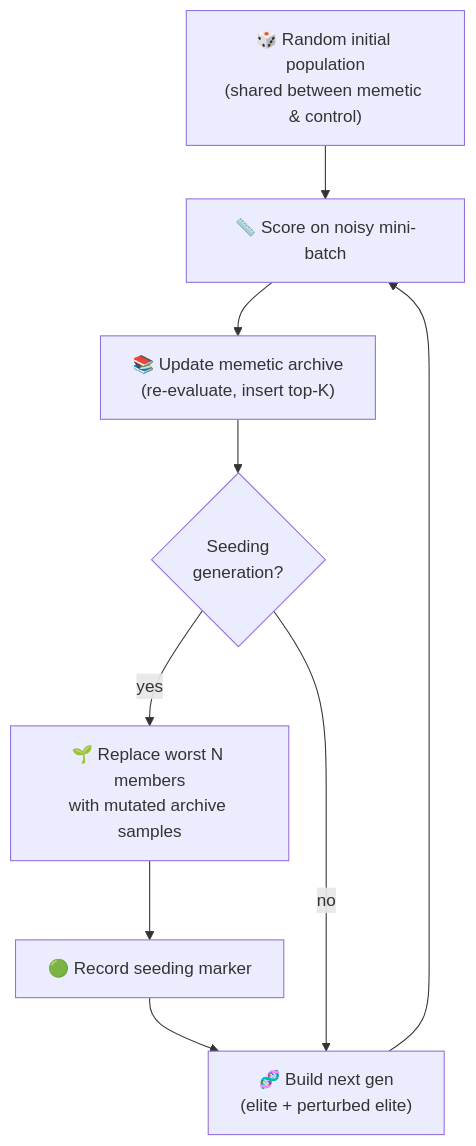
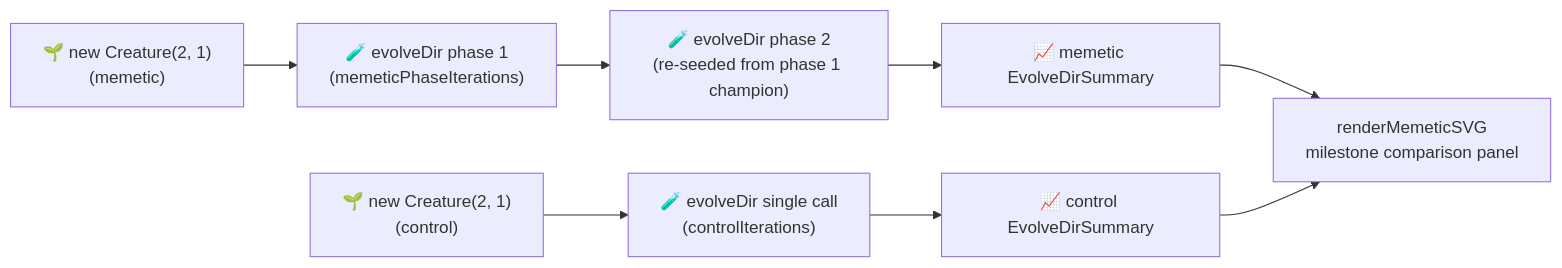
The diagram in memetic_evolution/README.md (stSoftwareAU/NEAT-AI-Examples), drawn with Mermaid before and after one commit. The commit also changed other lines of this file and 34 other files, not shown here.

````diff
--- a/memetic_evolution/README.md
+++ b/memetic_evolution/README.md
@@ -95,19 +22,18 @@
 ```mermaid
-flowchart TD
-    INIT["🎲 Random initial population<br/>(shared between memetic & control)"]
-    SCORE["📏 Score on noisy mini-batch"]
-    UPDATE["📚 Update memetic archive<br/>(re-evaluate, insert top-K)"]
-    SEED{"Seeding<br/>generation?"}
-    REPLACE["🌱 Replace worst N members<br/>with mutated archive samples"]
-    NEXT["🧬 Build next gen<br/>(elite + perturbed elite)"]
-    MARKER["🟢 Record seeding marker"]
-
-    INIT --> SCORE
-    SCORE --> UPDATE
-    UPDATE --> SEED
-    SEED -- yes --> REPLACE
-    REPLACE --> MARKER
-    MARKER --> NEXT
-    SEED -- no --> NEXT
-    NEXT --> SCORE
+flowchart LR
+    SEED_M["🌱 new Creature(2, 1)<br/>(memetic)"]
+    SEED_C["🌱 new Creature(2, 1)<br/>(control)"]
+    P1["🧪 evolveDir phase 1<br/>(memeticPhaseIterations)"]
+    P2["🧪 evolveDir phase 2<br/>(re-seeded from phase 1 champion)"]
+    CTL["🧪 evolveDir single call<br/>(controlIterations)"]
+    SUMM["📈 memetic EvolveDirSummary"]
+    SUMC["📈 control EvolveDirSummary"]
+    SVG["renderMemeticSVG<br/>milestone comparison panel"]
+    SEED_M --> P1
+    P1 --> P2
+    P2 --> SUMM
+    SEED_C --> CTL
+    CTL --> SUMC
+    SUMM --> SVG
+    SUMC --> SVG
 ```
````
